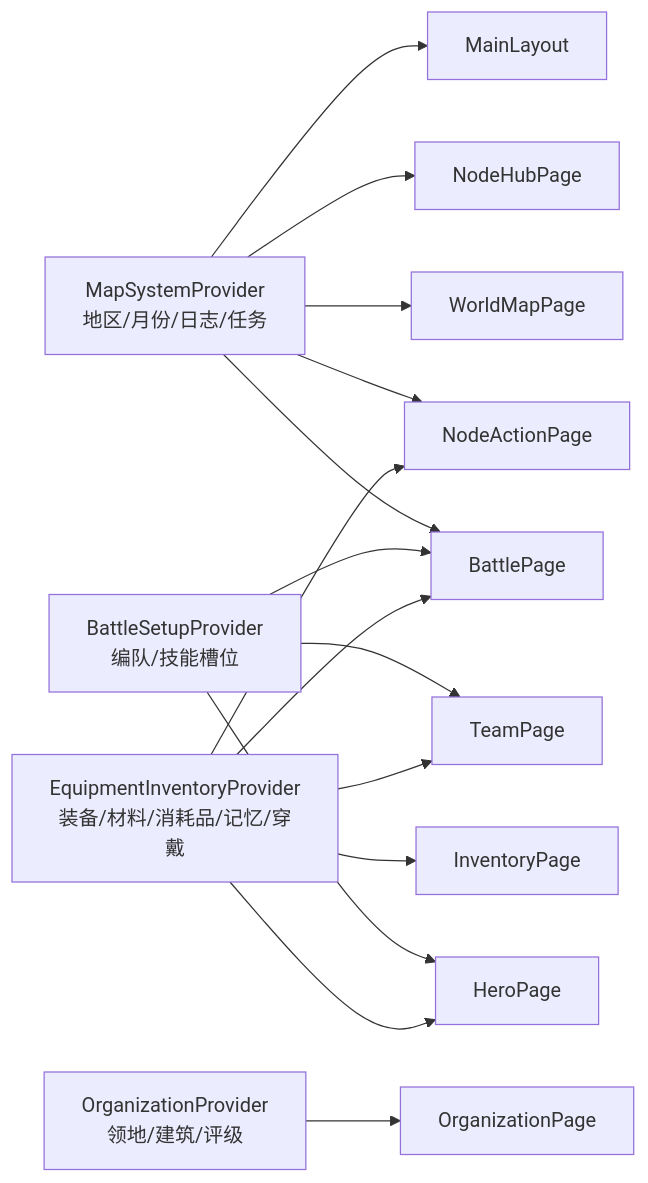
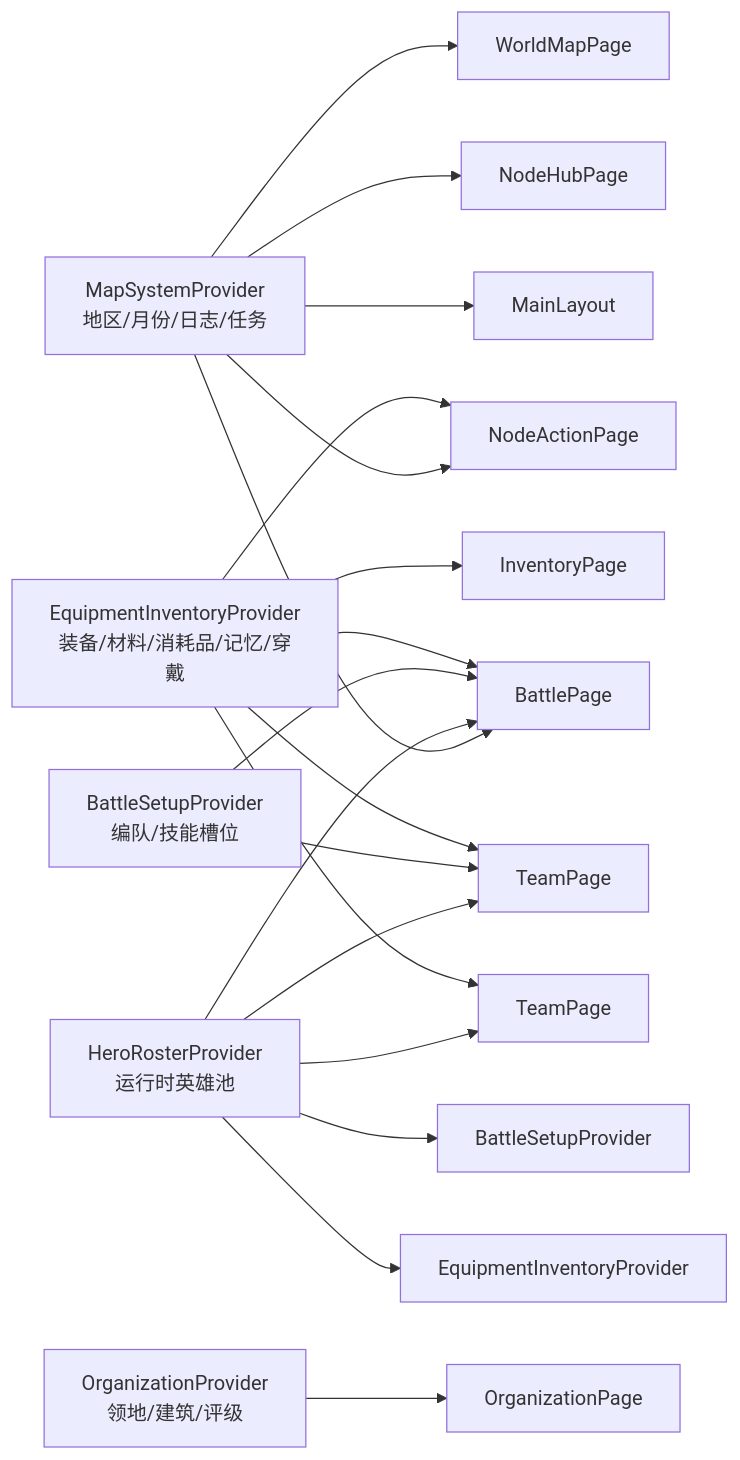
Before and after one commit to LYFQwAwQ/LostLand: the third of 9 diagrams in docs/开发文档/08-架构总图与调用链图.md, drawn with Mermaid. The commit also changed other lines of this file and 48 other files, not shown here.

````diff
--- a/docs/开发文档/08-架构总图与调用链图.md
+++ b/docs/开发文档/08-架构总图与调用链图.md
@@ -51,20 +52,25 @@
 ```mermaid
 flowchart LR
   P1[MapSystemProvider<br/>地区/月份/日志/任务] --> U1[WorldMapPage]
   P1 --> U2[NodeHubPage]
   P1 --> U3[NodeActionPage]
   P1 --> U4[BattlePage]
   P1 --> U5[MainLayout]
 
-  P2[BattleSetupProvider<br/>编队/技能槽位] --> U6[TeamPage]
-  P2 --> U7[HeroPage]
+  P2[HeroRosterProvider<br/>运行时英雄池] --> U6[HeroPage]
+  P2 --> U7[TeamPage]
+  P2 --> U8[BattleSetupProvider]
+  P2 --> U9[EquipmentInventoryProvider]
   P2 --> U4
 
-  P3[EquipmentInventoryProvider<br/>装备/材料/消耗品/记忆/穿戴] --> U8[InventoryPage]
-  P3 --> U7
-  P3 --> U3
+  P3[BattleSetupProvider<br/>编队/技能槽位] --> U6[TeamPage]
   P3 --> U4
-  P3 --> U6
 
-  P4[OrganizationProvider<br/>领地/建筑/评级] --> U9[OrganizationPage]
+  P4[EquipmentInventoryProvider<br/>装备/材料/消耗品/记忆/穿戴] --> U10[InventoryPage]
+  P4 --> U7
+  P4 --> U3
+  P4 --> U4
+  P4 --> U6
+
+  P5[OrganizationProvider<br/>领地/建筑/评级] --> U11[OrganizationPage]
 ```
````
